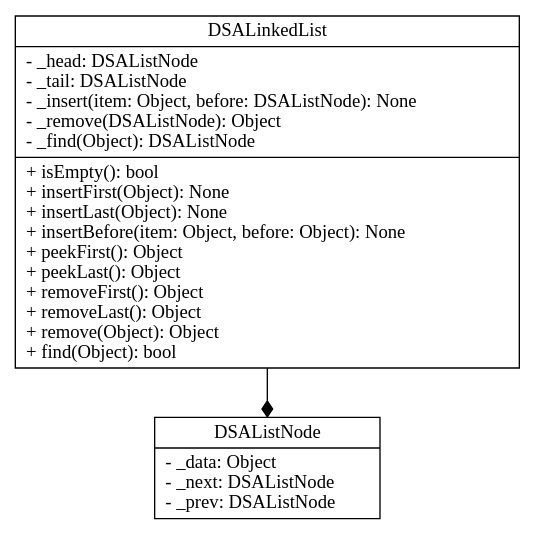
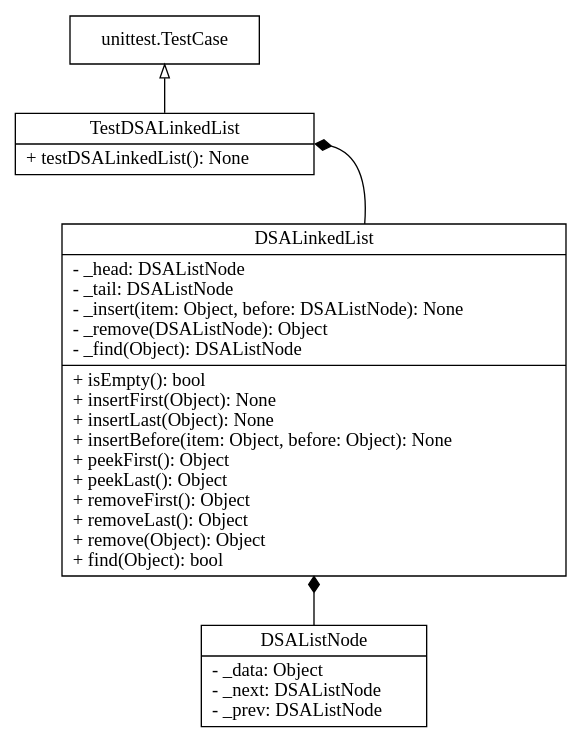
Before and after one commit to JakobWyatt/DSA-Tutorials: the diagram in 3/UML.gv, drawn with Graphviz. The commit also changed 1 other file, not shown here.

Commit message:
added test class to UML

```diff
--- a/3/UML.gv
+++ b/3/UML.gv
@@ -1,17 +1,32 @@
 digraph DSA_ADT {
     node [
         shape = "record"
     ]
     DSALinkedList [
         label = "{DSALinkedList|- _head: DSAListNode\l- _tail: DSAListNode\l- _insert(item: Object, before: DSAListNode): None\l- _remove(DSAListNode): Object\l- _find(Object): DSAListNode\l|+ isEmpty(): bool\l+ insertFirst(Object): None\l+ insertLast(Object): None\l+ insertBefore(item: Object, before: Object): None\l+ peekFirst(): Object\l+ peekLast(): Object\l+ removeFirst(): Object\l+ removeLast(): Object\l+ remove(Object): Object\l+ find(Object): bool\l}"
     ]
 
     DSAListNode [
         label = "{DSAListNode|- _data: Object\l- _next: DSAListNode\l- _prev: DSAListNode\l}"
     ]
 
+    TestDSALinkedList [
+        label = "{TestDSALinkedList|+ testDSALinkedList(): None\l}"
+    ]
+
+    unittestTestCase [
+        label = "{unittest.TestCase}"
+    ]
+
     edge [
         arrowhead = "diamond"
     ]
-    DSALinkedList -> DSAListNode
+    DSAListNode -> DSALinkedList
+    DSALinkedList -> TestDSALinkedList [headport=e]
+    edge [
+        arrowhead = "empty"
+    ]
+    TestDSALinkedList -> unittestTestCase
+
+    rankdir=BT
 }
```
